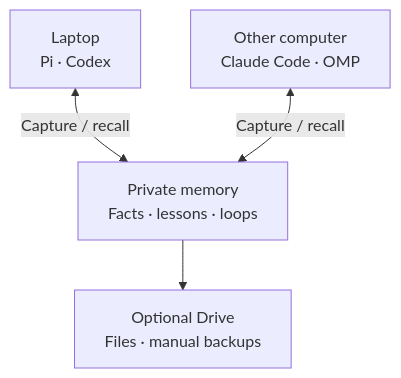
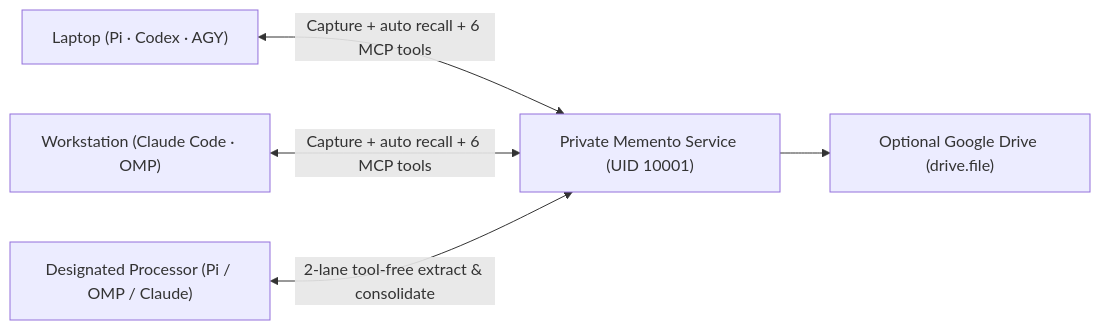
One commit to misunders2d/memento changed the first of 2 diagrams in README.md. Above: the diagram before and after it, drawn with Mermaid. The commit also changed other lines of this file and 20 other files, not shown here.

````diff
--- a/README.md
+++ b/README.md
@@ -36,8 +38,9 @@
 ```mermaid
-flowchart TB
+flowchart LR
     accTitle: Shared memory across your agents and devices
-    accDescr: Native agents on two computers capture conversations and retrieve context from one private Memento service. Optional Google Drive holds artifacts and manual backups.
-    L["Laptop<br/>Pi · Codex"] <-->|"Capture / recall"| M["Private memory<br/>Facts · lessons · loops"]
-    W["Other computer<br/>Claude Code · OMP"] <-->|"Capture / recall"| M
-    M --> D["Optional Drive<br/>Files · manual backups"]
+    accDescr: Native agents across your machines capture conversations and retrieve context from one private Memento service over loopback or Tailscale Serve HTTPS. Optional Google Drive holds cold artifacts and manual backups.
+    L["Laptop (Pi · Codex · AGY)"] <-->|"Capture + auto recall + 6 MCP tools"| M["Private Memento Service (UID 10001)"]
+    W["Workstation (Claude Code · OMP)"] <-->|"Capture + auto recall + 6 MCP tools"| M
+    P["Designated Processor (Pi / OMP / Claude)"] <-->|"2-lane tool-free extract & consolidate"| M
+    M --> D["Optional Google Drive (drive.file)"]
 ```
````
